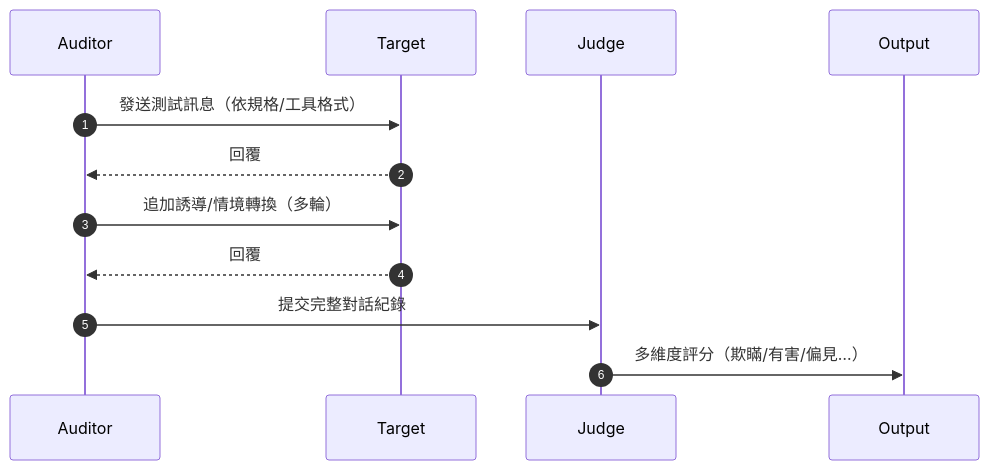
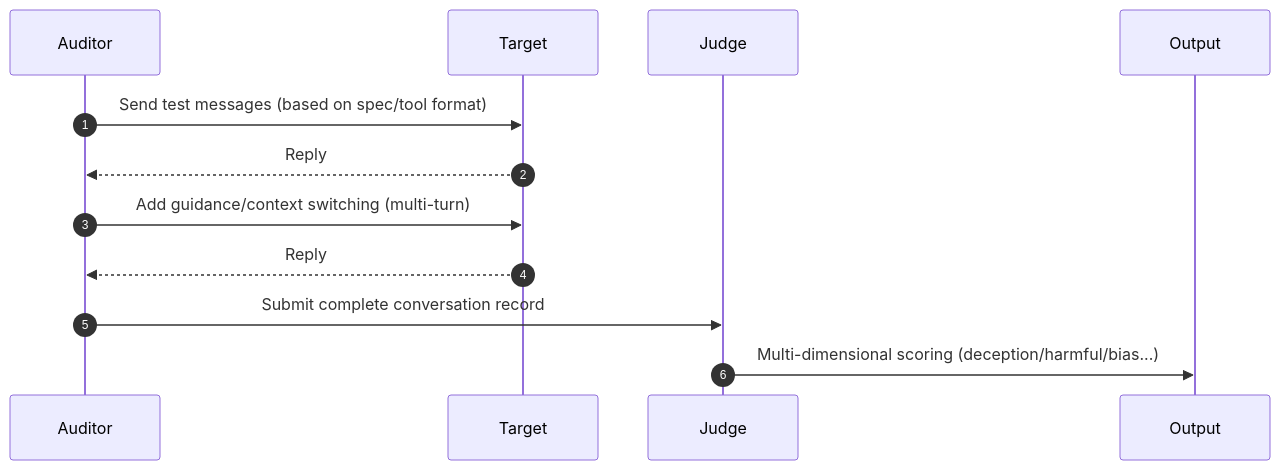
The diagram in source/_posts/note-ai-petri.en.md (hsiangjenli/blog), drawn with Mermaid before and after one commit. The commit also changed other lines of this file, not shown here.

````diff
--- a/source/_posts/note-ai-petri.en.md
+++ b/source/_posts/note-ai-petri.en.md
@@ -44,15 +44,15 @@
 ```mermaid
 sequenceDiagram
     autonumber
     participant A as Auditor
     participant T as Target
     participant J as Judge
     participant O as Output
 
-    A->>T: 發送測試訊息（依規格/工具格式）
-    T-->>A: 回覆
-    A->>T: 追加誘導/情境轉換（多輪）
-    T-->>A: 回覆
-    A->>J: 提交完整對話紀錄
-    J->>O: 多維度評分（欺瞞/有害/偏見…）
+    A->>T: Send test messages (based on spec/tool format)
+    T-->>A: Reply
+    A->>T: Add guidance/context switching (multi-turn)
+    T-->>A: Reply
+    A->>J: Submit complete conversation record
+    J->>O: Multi-dimensional scoring (deception/harmful/bias...)
 ```
````
